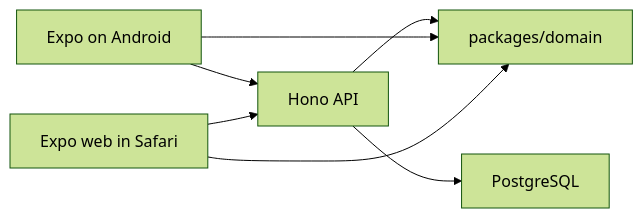
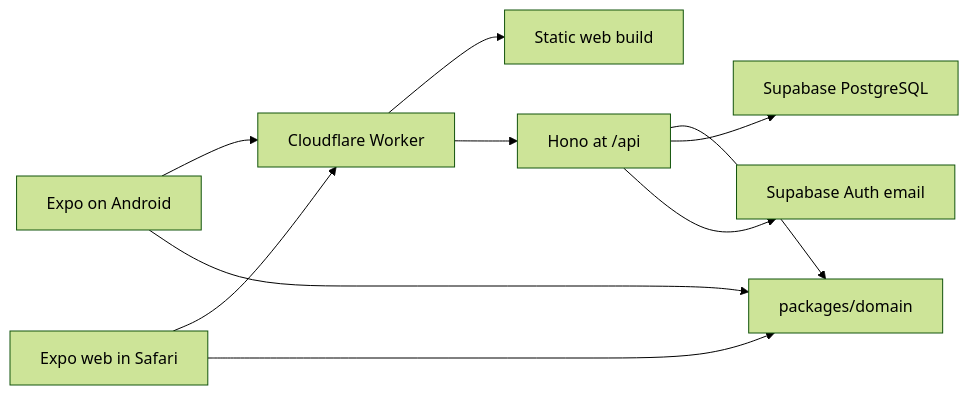
Before and after one commit to DeveloperGarage/spendwise: the diagram in docs/architecture.md, drawn with Mermaid (forest theme). The commit also changed other lines of this file and 9 other files, not shown here.

Commit message:
[ #5 ] [ Anil ] | Finalised the deployment platforms and architecture

````diff
--- a/docs/architecture.md
+++ b/docs/architecture.md
@@ -11,9 +11,12 @@
 ```mermaid
 flowchart LR
-  phone["Expo on Android"] --> api["Hono API"]
-  safari["Expo web in Safari"] --> api
+  phone["Expo on Android"] --> worker["Cloudflare Worker"]
+  safari["Expo web in Safari"] --> worker
+  worker --> spa["Static web build"]
+  worker --> api["Hono at /api"]
   api --> domain["packages/domain"]
   phone --> domain
   safari --> domain
-  api --> db["PostgreSQL"]
+  api --> db["Supabase PostgreSQL"]
+  api --> auth["Supabase Auth email"]
 ```
````
